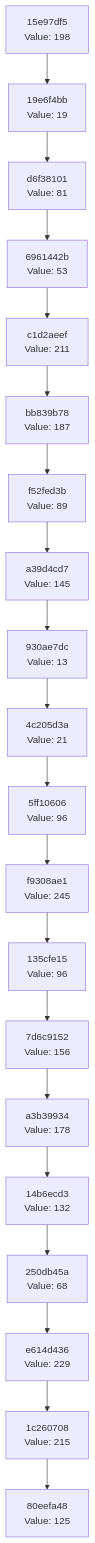
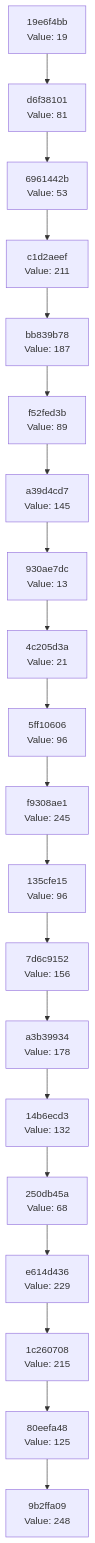
Before and after one commit to Abhisheksinha1506/hash-chain-evolver: the diagram in docs/CHAIN_VISUALIZATION.md, drawn with Mermaid. The commit also changed 3 other files, not shown here.

````diff
--- a/docs/CHAIN_VISUALIZATION.md
+++ b/docs/CHAIN_VISUALIZATION.md
@@ -3,42 +3,42 @@
 ```mermaid
 graph TD
-    C0["80eefa48<br/>Value: 125"]
-    C1["1c260708<br/>Value: 215"]
+    C0["9b2ffa09<br/>Value: 248"]
+    C1["80eefa48<br/>Value: 125"]
     C1 --> C0
-    C2["e614d436<br/>Value: 229"]
+    C2["1c260708<br/>Value: 215"]
     C2 --> C1
-    C3["250db45a<br/>Value: 68"]
+    C3["e614d436<br/>Value: 229"]
     C3 --> C2
-    C4["14b6ecd3<br/>Value: 132"]
+    C4["250db45a<br/>Value: 68"]
     C4 --> C3
-    C5["a3b39934<br/>Value: 178"]
+    C5["14b6ecd3<br/>Value: 132"]
     C5 --> C4
-    C6["7d6c9152<br/>Value: 156"]
+    C6["a3b39934<br/>Value: 178"]
     C6 --> C5
-    C7["135cfe15<br/>Value: 96"]
+    C7["7d6c9152<br/>Value: 156"]
     C7 --> C6
-    C8["f9308ae1<br/>Value: 245"]
+    C8["135cfe15<br/>Value: 96"]
     C8 --> C7
-    C9["5ff10606<br/>Value: 96"]
+    C9["f9308ae1<br/>Value: 245"]
     C9 --> C8
-    C10["4c205d3a<br/>Value: 21"]
+    C10["5ff10606<br/>Value: 96"]
     C10 --> C9
-    C11["930ae7dc<br/>Value: 13"]
+    C11["4c205d3a<br/>Value: 21"]
     C11 --> C10
-    C12["a39d4cd7<br/>Value: 145"]
+    C12["930ae7dc<br/>Value: 13"]
     C12 --> C11
-    C13["f52fed3b<br/>Value: 89"]
+    C13["a39d4cd7<br/>Value: 145"]
     C13 --> C12
-    C14["bb839b78<br/>Value: 187"]
+    C14["f52fed3b<br/>Value: 89"]
     C14 --> C13
-    C15["c1d2aeef<br/>Value: 211"]
+    C15["bb839b78<br/>Value: 187"]
     C15 --> C14
-    C16["6961442b<br/>Value: 53"]
+    C16["c1d2aeef<br/>Value: 211"]
     C16 --> C15
-    C17["d6f38101<br/>Value: 81"]
+    C17["6961442b<br/>Value: 53"]
     C17 --> C16
-    C18["19e6f4bb<br/>Value: 19"]
+    C18["d6f38101<br/>Value: 81"]
     C18 --> C17
-    C19["15e97df5<br/>Value: 198"]
+    C19["19e6f4bb<br/>Value: 19"]
     C19 --> C18
 ```
````
